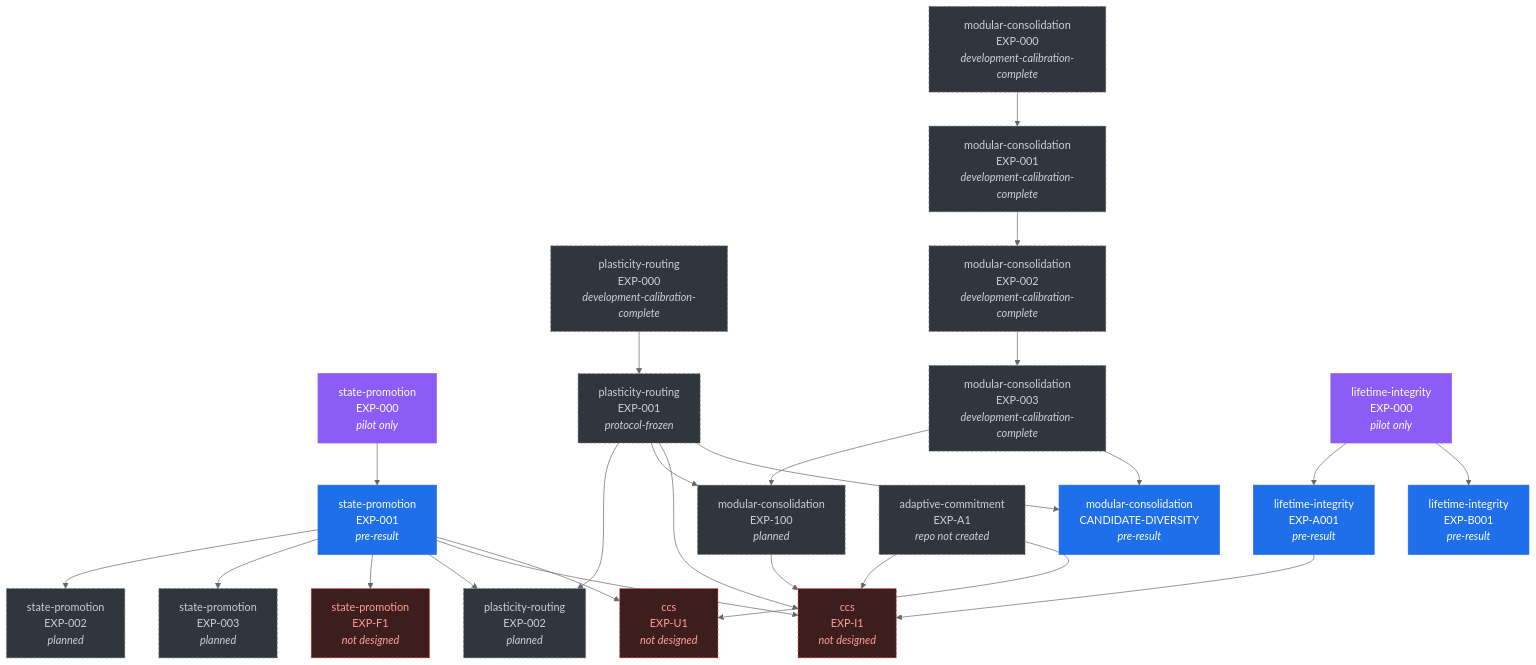
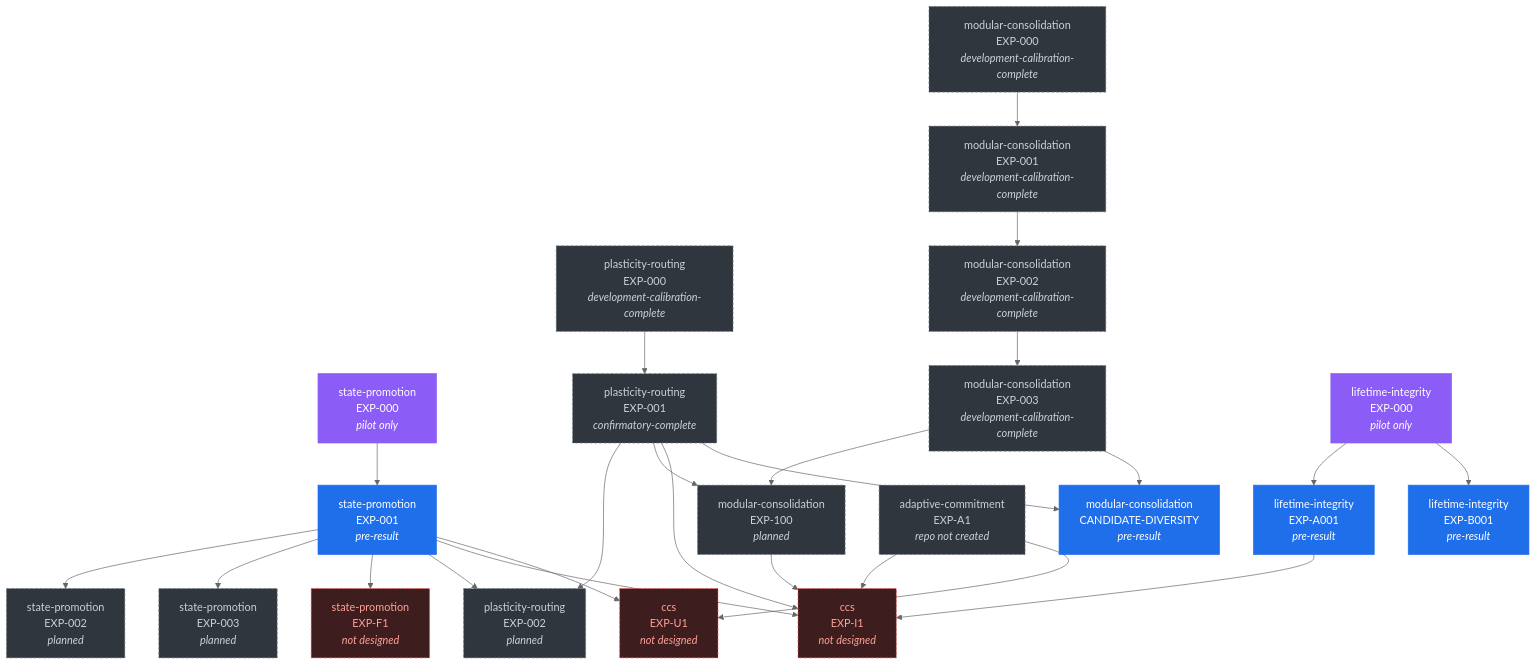
The diagram in docs/DEPENDENCY-DAG.md (in-c0/consolidating-cognitive-substrate), drawn with Mermaid (neutral theme) before and after one commit. The commit also changed other lines of this file and 11 other files, not shown here.

````diff
--- a/docs/DEPENDENCY-DAG.md
+++ b/docs/DEPENDENCY-DAG.md
@@ -14,72 +14,72 @@
 ```mermaid
 graph TD
   state_promotion_EXP_000["state-promotion<br/>EXP-000<br/><i>pilot only</i>"]
   class state_promotion_EXP_000 pilot;
   state_promotion_EXP_001["state-promotion<br/>EXP-001<br/><i>pre-result</i>"]
   class state_promotion_EXP_001 active;
   state_promotion_EXP_002["state-promotion<br/>EXP-002<br/><i>planned</i>"]
   class state_promotion_EXP_002 planned;
   state_promotion_EXP_003["state-promotion<br/>EXP-003<br/><i>planned</i>"]
   class state_promotion_EXP_003 planned;
   state_promotion_EXP_F1["state-promotion<br/>EXP-F1<br/><i>not designed</i>"]
   class state_promotion_EXP_F1 undesigned;
   plasticity_routing_EXP_000["plasticity-routing<br/>EXP-000<br/><i>development-calibration-complete</i>"]
   class plasticity_routing_EXP_000 planned;
-  plasticity_routing_EXP_001["plasticity-routing<br/>EXP-001<br/><i>protocol-frozen</i>"]
+  plasticity_routing_EXP_001["plasticity-routing<br/>EXP-001<br/><i>confirmatory-complete</i>"]
   class plasticity_routing_EXP_001 planned;
   plasticity_routing_EXP_002["plasticity-routing<br/>EXP-002<br/><i>planned</i>"]
   class plasticity_routing_EXP_002 planned;
   modular_consolidation_EXP_000["modular-consolidation<br/>EXP-000<br/><i>development-calibration-complete</i>"]
   class modular_consolidation_EXP_000 planned;
   modular_consolidation_EXP_001["modular-consolidation<br/>EXP-001<br/><i>development-calibration-complete</i>"]
   class modular_consolidation_EXP_001 planned;
   modular_consolidation_EXP_002["modular-consolidation<br/>EXP-002<br/><i>development-calibration-complete</i>"]
   class modular_consolidation_EXP_002 planned;
   modular_consolidation_EXP_003["modular-consolidation<br/>EXP-003<br/><i>development-calibration-complete</i>"]
   class modular_consolidation_EXP_003 planned;
   modular_consolidation_EXP_100["modular-consolidation<br/>EXP-100<br/><i>planned</i>"]
   class modular_consolidation_EXP_100 planned;
   lifetime_integrity_EXP_000["lifetime-integrity<br/>EXP-000<br/><i>pilot only</i>"]
   class lifetime_integrity_EXP_000 pilot;
   lifetime_integrity_EXP_A001["lifetime-integrity<br/>EXP-A001<br/><i>pre-result</i>"]
   class lifetime_integrity_EXP_A001 active;
   lifetime_integrity_EXP_B001["lifetime-integrity<br/>EXP-B001<br/><i>pre-result</i>"]
   class lifetime_integrity_EXP_B001 active;
   ccs_EXP_I1["ccs<br/>EXP-I1<br/><i>not designed</i>"]
   class ccs_EXP_I1 undesigned;
   adaptive_commitment_EXP_A1["adaptive-commitment<br/>EXP-A1<br/><i>repo not created</i>"]
   class adaptive_commitment_EXP_A1 planned;
   ccs_EXP_U1["ccs<br/>EXP-U1<br/><i>not designed</i>"]
   class ccs_EXP_U1 undesigned;
   modular_consolidation_CANDIDATE_DIVERSITY["modular-consolidation<br/>CANDIDATE-DIVERSITY<br/><i>pre-result</i>"]
   class modular_consolidation_CANDIDATE_DIVERSITY active;
 
   state_promotion_EXP_000 --> state_promotion_EXP_001
   state_promotion_EXP_001 --> state_promotion_EXP_002
   state_promotion_EXP_001 --> state_promotion_EXP_003
   state_promotion_EXP_001 --> state_promotion_EXP_F1
   plasticity_routing_EXP_000 --> plasticity_routing_EXP_001
   plasticity_routing_EXP_001 --> plasticity_routing_EXP_002
   state_promotion_EXP_001 --> plasticity_routing_EXP_002
   modular_consolidation_EXP_000 --> modular_consolidation_EXP_001
   modular_consolidation_EXP_001 --> modular_consolidation_EXP_002
   modular_consolidation_EXP_002 --> modular_consolidation_EXP_003
   modular_consolidation_EXP_003 --> modular_consolidation_EXP_100
   plasticity_routing_EXP_001 --> modular_consolidation_EXP_100
   lifetime_integrity_EXP_000 --> lifetime_integrity_EXP_A001
   lifetime_integrity_EXP_000 --> lifetime_integrity_EXP_B001
   state_promotion_EXP_001 --> ccs_EXP_I1
   plasticity_routing_EXP_001 --> ccs_EXP_I1
   adaptive_commitment_EXP_A1 --> ccs_EXP_I1
   modular_consolidation_EXP_100 --> ccs_EXP_I1
   lifetime_integrity_EXP_A001 --> ccs_EXP_I1
   state_promotion_EXP_001 --> ccs_EXP_U1
   adaptive_commitment_EXP_A1 --> ccs_EXP_U1
   modular_consolidation_EXP_003 --> modular_consolidation_CANDIDATE_DIVERSITY
   plasticity_routing_EXP_001 --> modular_consolidation_CANDIDATE_DIVERSITY
 
   classDef active fill:#1f6feb,stroke:#1f6feb,color:#fff;
   classDef pilot fill:#8b5cf6,stroke:#8b5cf6,color:#fff;
   classDef planned fill:#30363d,stroke:#6e7681,color:#c9d1d9,stroke-dasharray:4 3;
   classDef undesigned fill:#3d1d1d,stroke:#f85149,color:#ffa198,stroke-dasharray:4 3;
 ```
````
